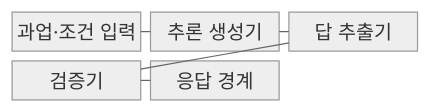
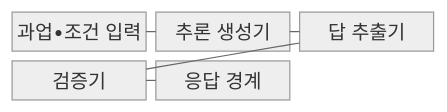
One commit to agnusdei1207/knowledge-base changed the first of 2 diagrams in src/content/docs/notes/08-latest-tech/038_chain_of_thought.md. Above: the diagram before and after it, drawn with Mermaid (neutral theme). The commit also changed other lines of this file and 953 other files, not shown here.

````diff
--- a/src/content/docs/notes/08-latest-tech/038_chain_of_thought.md
+++ b/src/content/docs/notes/08-latest-tech/038_chain_of_thought.md
@@ -68,13 +68,13 @@
 ```mermaid
 block-beta
   columns 3
-  input["과업·조건 입력"]
+  input["과업•조건 입력"]
   reasoner["추론 생성기"]
   extractor["답 추출기"]
   verifier["검증기"]
   boundary["응답 경계"]
   input --- reasoner
   reasoner --- extractor
   extractor --- verifier
   verifier --- boundary
 ```
````
